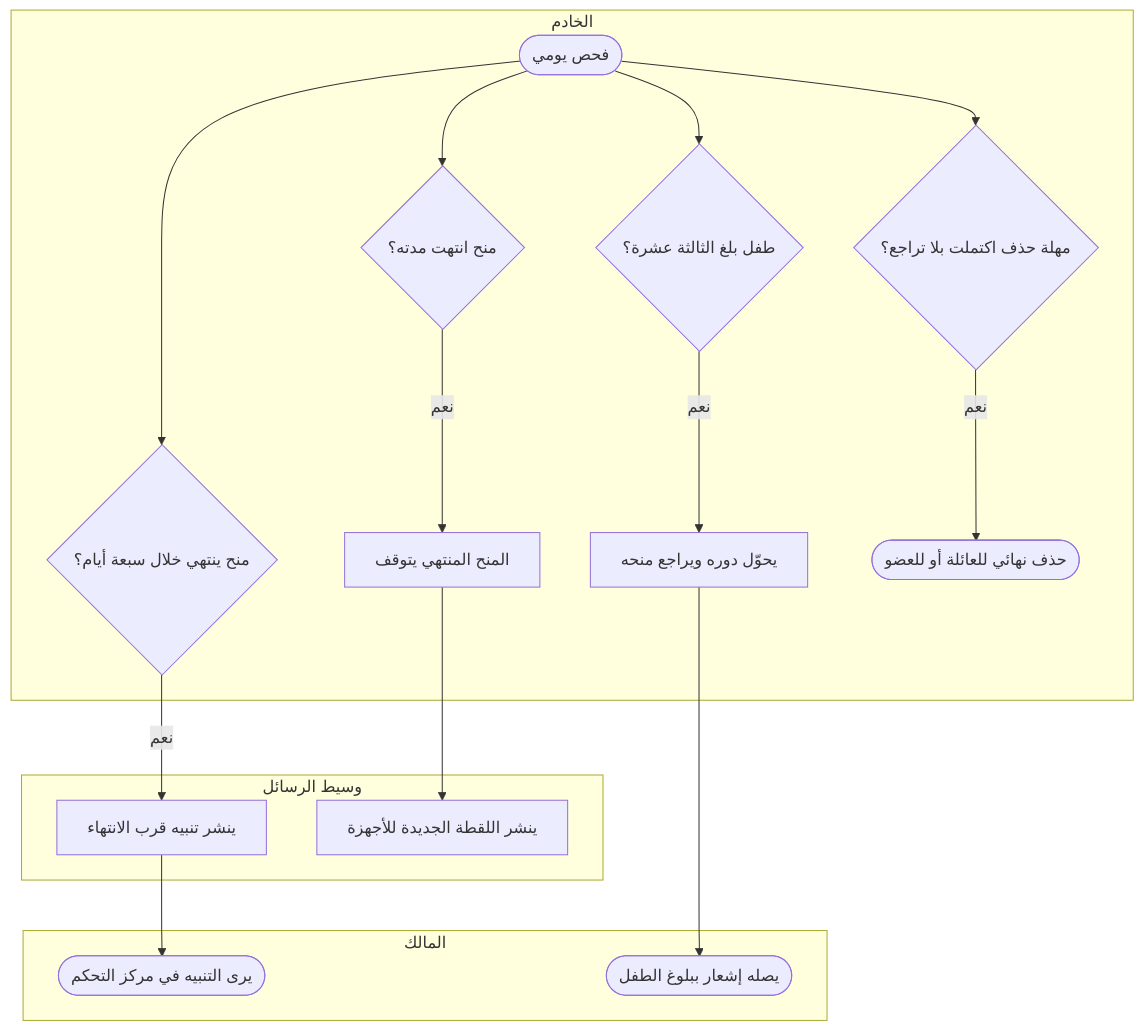
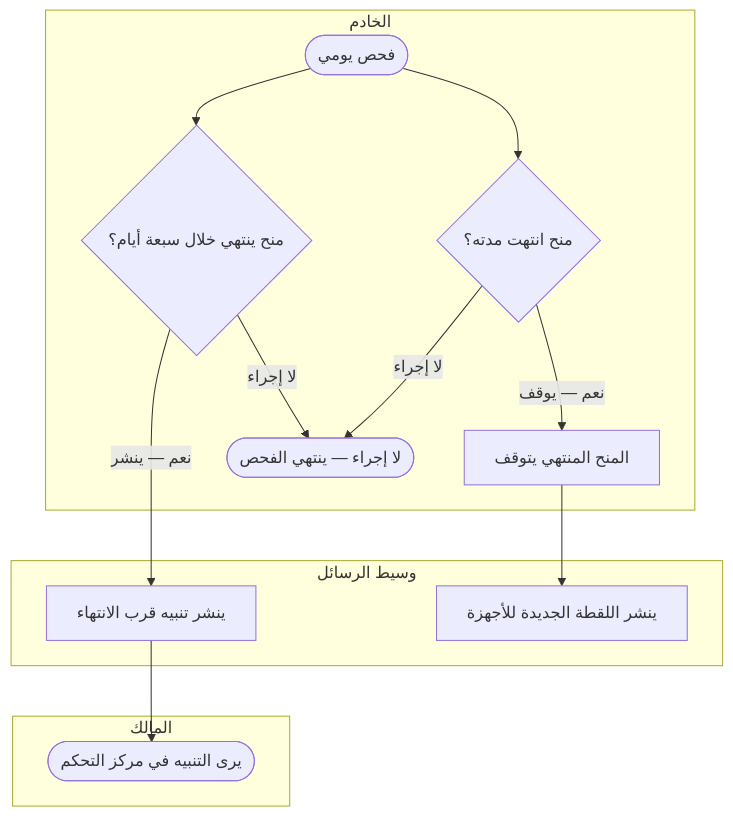
Diagram 39 of 40 in docs/family-os/governance/phases/phase-1/S1-03-family-roles-and-permissions/DIAGRAMS.md (Bassam-mohammed-alqaeadi/family-os-v2), drawn with Mermaid before and after one commit. The commit also changed other lines of this file, not shown here.

Commit message:
إصلاح S1-03 (فحص GitHub بعد الشكل 2) — §4-د/4-هـ/4-و و§6: توسيع تسميات «نعم/لا» + فروع «لا» في 6-هـ وتقسيمها إلى لوحتين

````diff
--- a/docs/family-os/governance/phases/phase-1/S1-03-family-roles-and-permissions/DIAGRAMS.md
+++ b/docs/family-os/governance/phases/phase-1/S1-03-family-roles-and-permissions/DIAGRAMS.md
@@ -1419,32 +1433,25 @@
 ```mermaid
 flowchart TD
     subgraph LS [الخادم]
         S1([فحص يومي])
         S2{منح ينتهي خلال سبعة أيام؟}
         S3{منح انتهت مدته؟}
         S4[المنح المنتهي يتوقف]
-        S5{طفل بلغ الثالثة عشرة؟}
-        S6[يحوّل دوره ويراجع منحه]
-        S7{مهلة حذف اكتملت بلا تراجع؟}
-        S8([حذف نهائي للعائلة أو للعضو])
+        E1([لا إجراء — ينتهي الفحص])
     end
     subgraph LB [وسيط الرسائل]
         B1[ينشر تنبيه قرب الانتهاء]
         B2[ينشر اللقطة الجديدة للأجهزة]
     end
     subgraph LO [المالك]
         O1([يرى التنبيه في مركز التحكم])
-        O2([يصله إشعار ببلوغ الطفل])
     end
     S1 --> S2
-    S2 -->|نعم| B1
+    S2 -->|نعم — ينشر| B1
+    S2 -->|لا إجراء| E1
     B1 --> O1
     S1 --> S3
-    S3 -->|نعم| S4
+    S3 -->|نعم — يوقف| S4
+    S3 -->|لا إجراء| E1
     S4 --> B2
-    S1 --> S5
-    S5 -->|نعم| S6
-    S6 --> O2
-    S1 --> S7
-    S7 -->|نعم| S8
 ```
````
